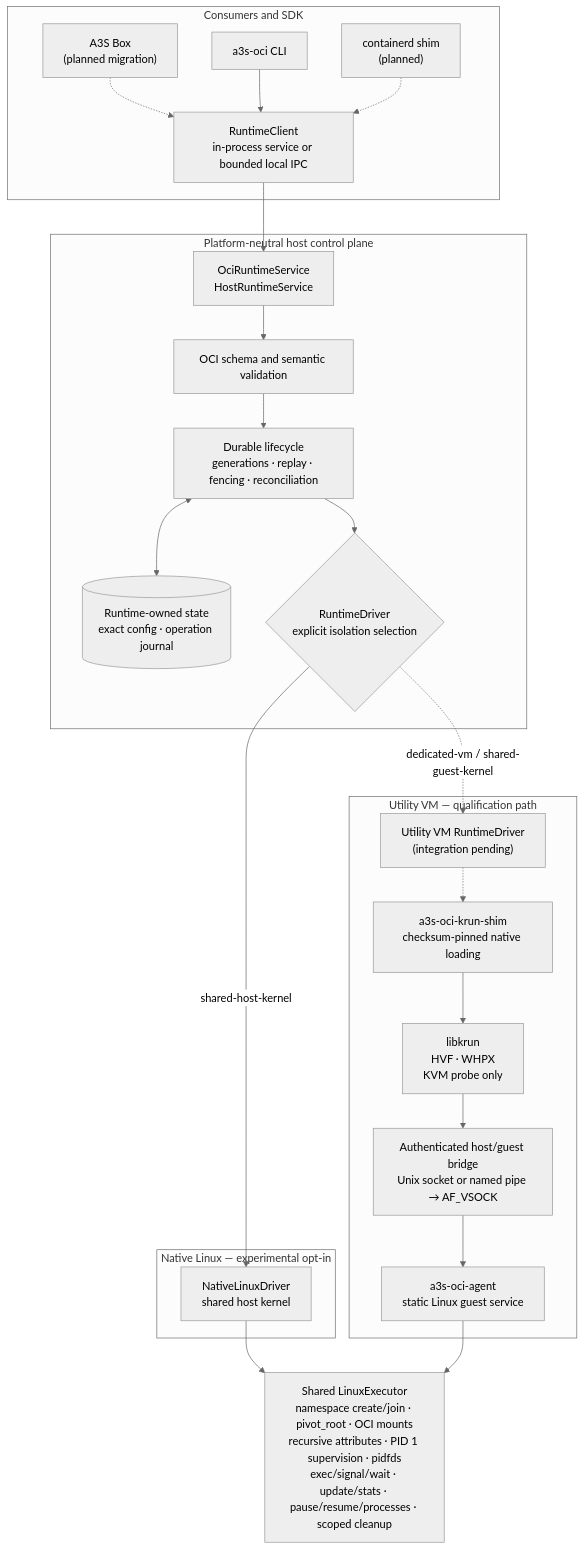
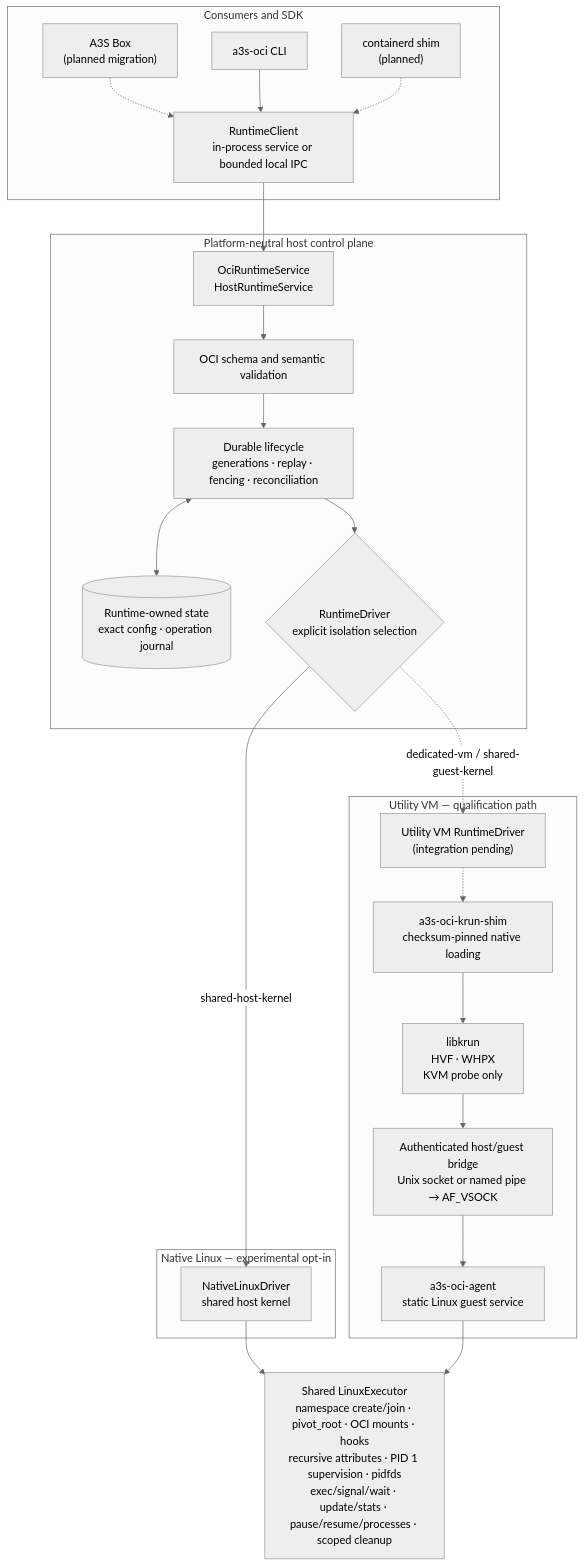
Before and after one commit to A3S-Lab/OCI-Runtime: the diagram in README.md, drawn with Mermaid (neutral theme). The commit also changed other lines of this file and 25 other files, not shown here.

Commit message:
feat(runtime): execute ordered OCI lifecycle hooks

````diff
--- a/README.md
+++ b/README.md
@@ -607,46 +634,46 @@
 ```mermaid
 flowchart TB
     subgraph consumers["Consumers and SDK"]
         box["A3S Box<br/>(planned migration)"]
         cli["a3s-oci CLI"]
         containerd["containerd shim<br/>(planned)"]
         client["RuntimeClient<br/>in-process service or bounded local IPC"]
         box -.-> client
         cli --> client
         containerd -.-> client
     end
 
     subgraph control["Platform-neutral host control plane"]
         service["OciRuntimeService<br/>HostRuntimeService"]
         validation["OCI schema and semantic validation"]
         lifecycle["Durable lifecycle<br/>generations · replay · fencing · reconciliation"]
         state[("Runtime-owned state<br/>exact config · operation journal")]
         selection{"RuntimeDriver<br/>explicit isolation selection"}
 
         service --> validation --> lifecycle --> selection
         lifecycle <--> state
     end
 
     subgraph native["Native Linux — experimental opt-in"]
         native_driver["NativeLinuxDriver<br/>shared host kernel"]
     end
 
     subgraph utility["Utility VM — qualification path"]
         utility_driver["Utility VM RuntimeDriver<br/>(integration pending)"]
         shim["a3s-oci-krun-shim<br/>checksum-pinned native loading"]
         hypervisor["libkrun<br/>HVF · WHPX<br/>KVM probe only"]
         bridge["Authenticated host/guest bridge<br/>Unix socket or named pipe → AF_VSOCK"]
         agent["a3s-oci-agent<br/>static Linux guest service"]
 
         utility_driver -.-> shim
         shim --> hypervisor --> bridge --> agent
     end
 
-    executor["Shared LinuxExecutor<br/>namespace create/join · pivot_root · OCI mounts<br/>recursive attributes · PID 1 supervision · pidfds<br/>exec/signal/wait · update/stats · pause/resume/processes · scoped cleanup"]
+    executor["Shared LinuxExecutor<br/>namespace create/join · pivot_root · OCI mounts · hooks<br/>recursive attributes · PID 1 supervision · pidfds<br/>exec/signal/wait · update/stats · pause/resume/processes · scoped cleanup"]
 
     client --> service
     selection -->|"shared-host-kernel"| native_driver
     selection -.->|"dedicated-vm / shared-guest-kernel"| utility_driver
     native_driver --> executor
     agent --> executor
 ```
````
